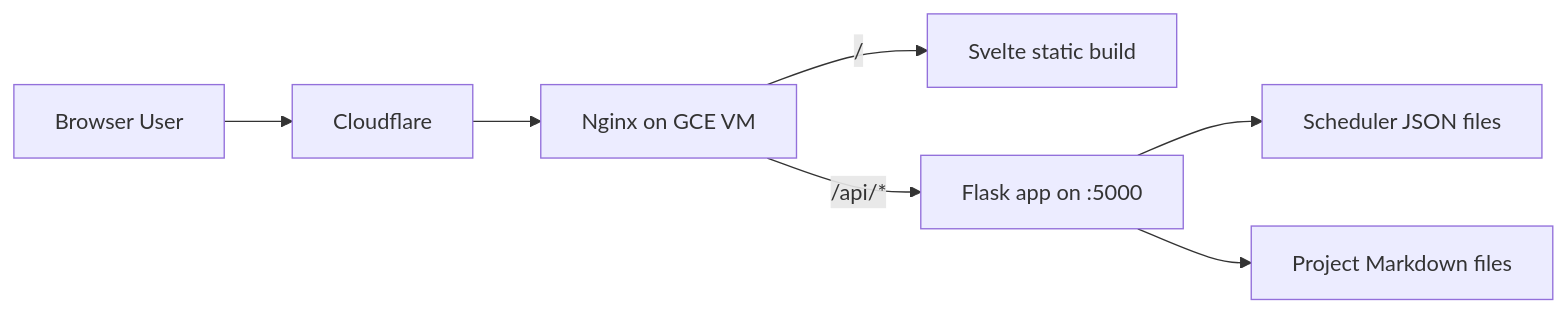
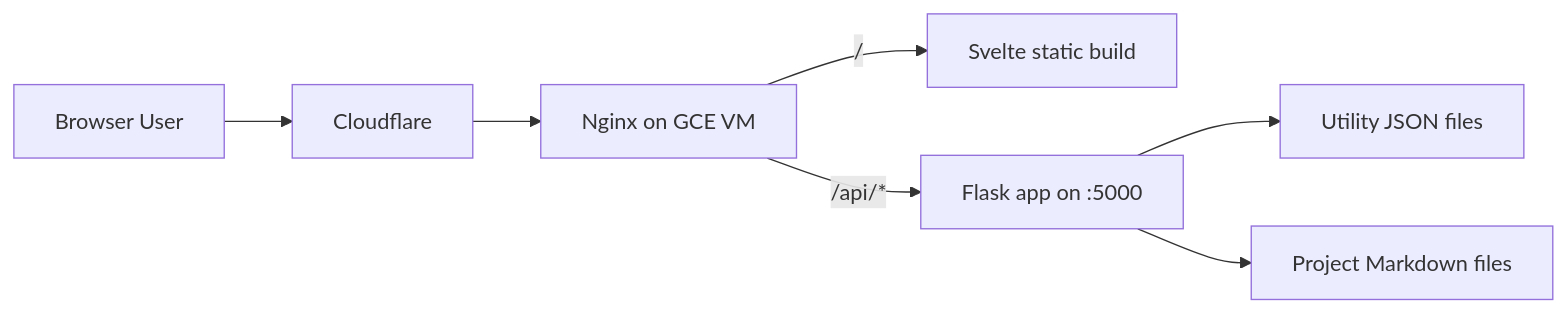
One commit to DefiantBurger/Website changed the diagram in documentation/ARCHITECTURE.md. Above: the diagram before and after it, drawn with Mermaid. The commit also changed other lines of this file and 5 other files, not shown here.

````diff
--- a/documentation/ARCHITECTURE.md
+++ b/documentation/ARCHITECTURE.md
@@ -23,9 +23,9 @@
 ```mermaid
 flowchart LR
     User[Browser User] --> CF[Cloudflare]
     CF --> Nginx[Nginx on GCE VM]
     Nginx -->|/| FE[Svelte static build]
     Nginx -->|/api/*| Flask[Flask app on :5000]
-    Flask --> JSON[Scheduler JSON files]
+    Flask --> JSON[Utility JSON files]
     Flask --> MD[Project Markdown files]
 ```
````
